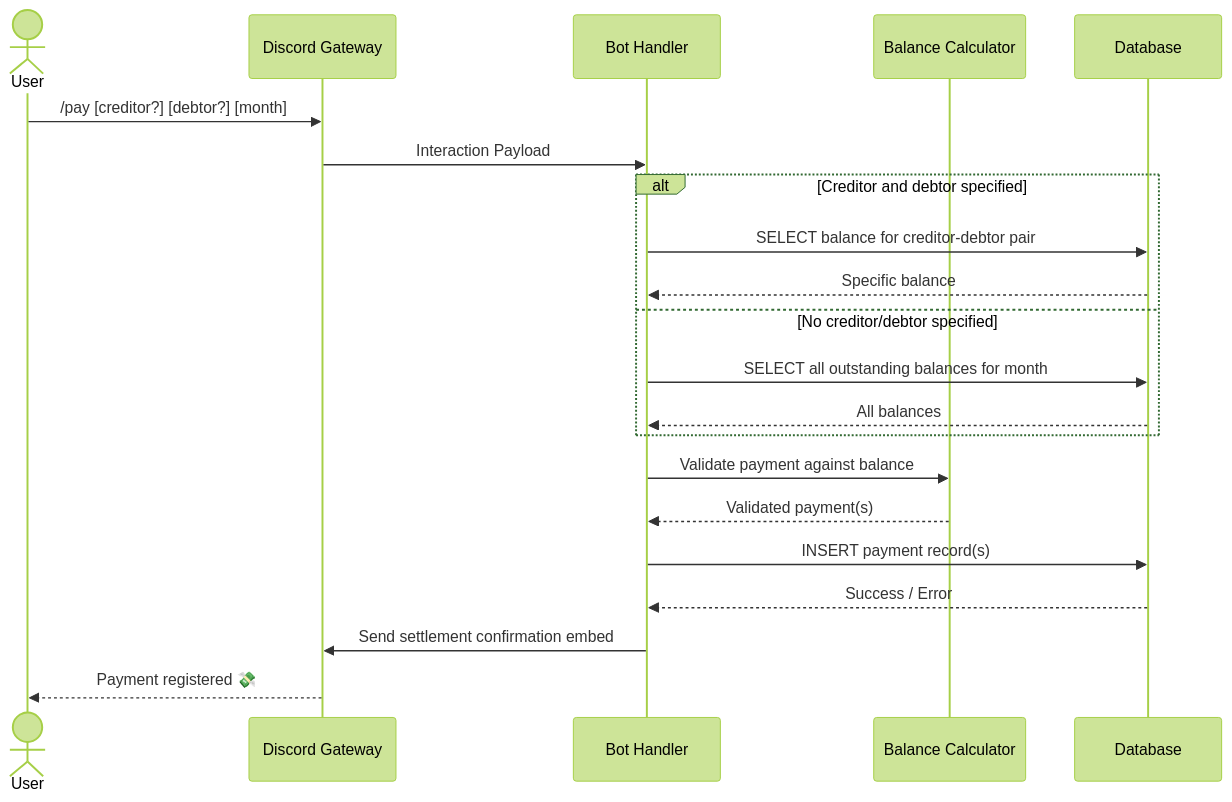
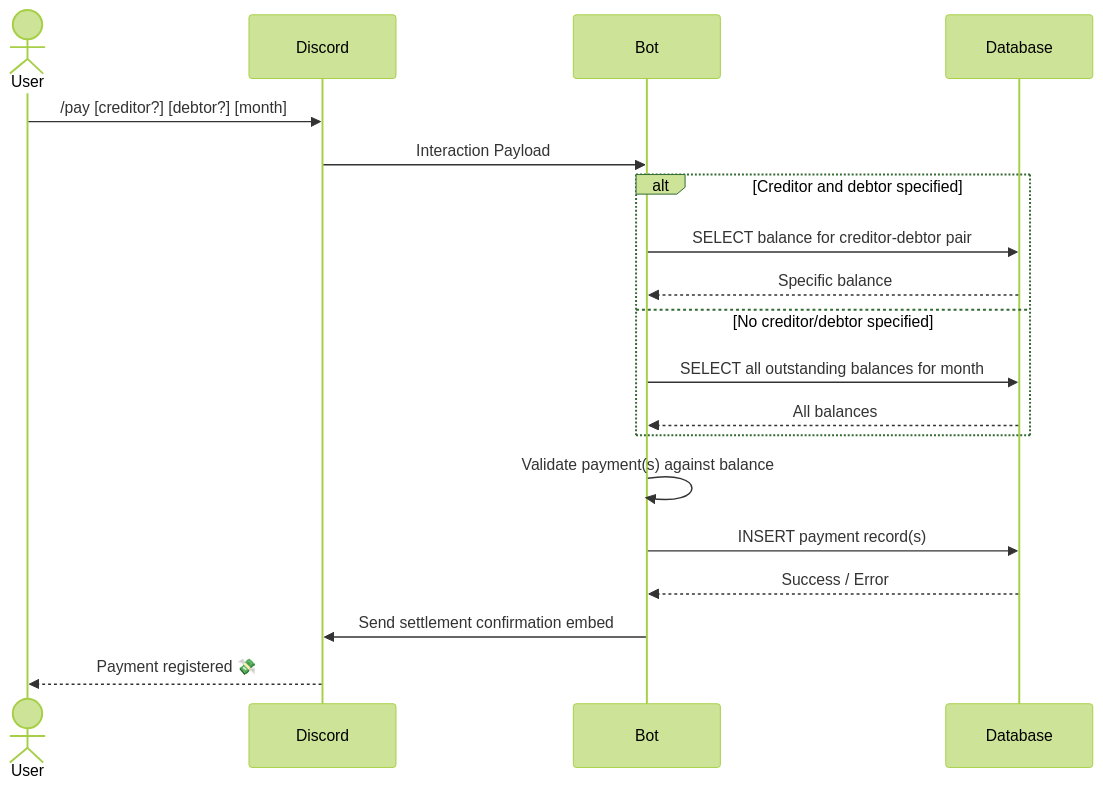
One commit to IgorEmerick/discord-financial-management changed the fifth of 5 diagrams in project-definition.md. Above: the diagram before and after it, drawn with Mermaid (forest theme). The commit also changed other lines of this file and 1 other file, not shown here.

````diff
--- a/project-definition.md
+++ b/project-definition.md
@@ -137,24 +192,22 @@
 ```mermaid
 sequenceDiagram
     actor User
-    participant Discord Gateway
-    participant Bot Handler
-    participant Balance Calculator
+    participant Discord
+    participant Bot
     participant Database
 
-    User->>Discord Gateway: /pay [creditor?] [debtor?] [month]
-    Discord Gateway->>Bot Handler: Interaction Payload
+    User->>Discord: /pay [creditor?] [debtor?] [month]
+    Discord->>Bot: Interaction Payload
     alt Creditor and debtor specified
-        Bot Handler->>Database: SELECT balance for creditor-debtor pair
-        Database-->>Bot Handler: Specific balance
+        Bot->>Database: SELECT balance for creditor-debtor pair
+        Database-->>Bot: Specific balance
     else No creditor/debtor specified
-        Bot Handler->>Database: SELECT all outstanding balances for month
-        Database-->>Bot Handler: All balances
+        Bot->>Database: SELECT all outstanding balances for month
+        Database-->>Bot: All balances
     end
-    Bot Handler->>Balance Calculator: Validate payment against balance
-    Balance Calculator-->>Bot Handler: Validated payment(s)
-    Bot Handler->>Database: INSERT payment record(s)
-    Database-->>Bot Handler: Success / Error
-    Bot Handler->>Discord Gateway: Send settlement confirmation embed
-    Discord Gateway-->>User: Payment registered 💸
+    Bot->>Bot: Validate payment(s) against balance
+    Bot->>Database: INSERT payment record(s)
+    Database-->>Bot: Success / Error
+    Bot->>Discord: Send settlement confirmation embed
+    Discord-->>User: Payment registered 💸
 ```
````
